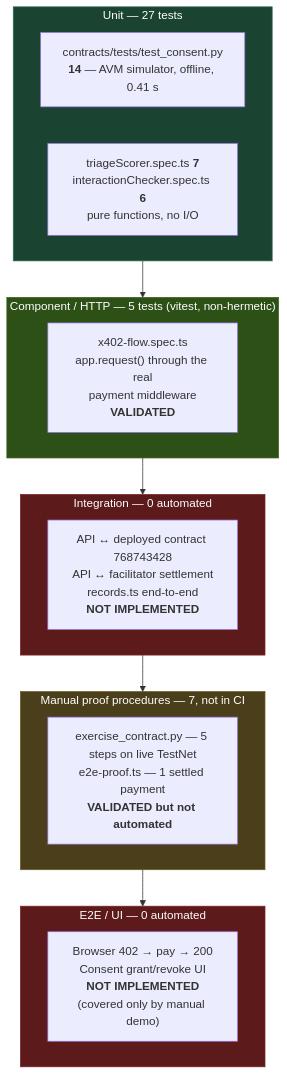
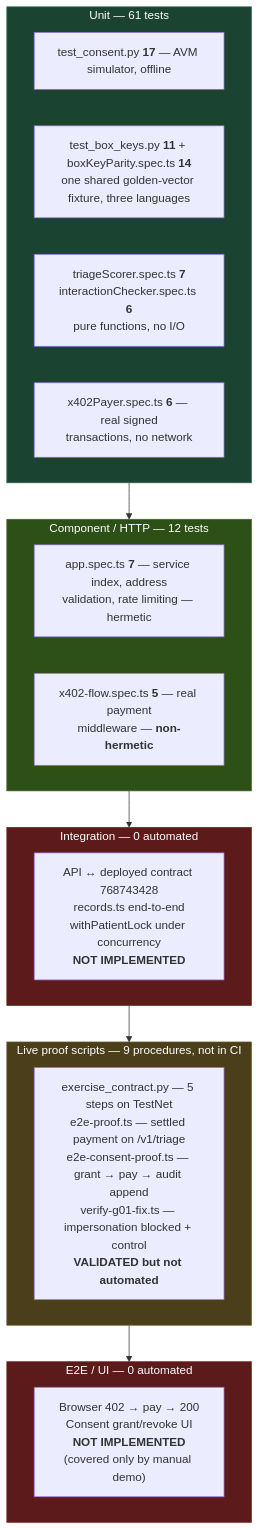
Before and after one commit to Hydra-Of-Malice/Medrail: the diagram in docs/07_Testing/Test_Strategy.md, drawn with Mermaid. The commit also changed other lines of this file and 77 other files, not shown here.

````diff
--- a/docs/07_Testing/Test_Strategy.md
+++ b/docs/07_Testing/Test_Strategy.md
@@ -36,25 +29,28 @@
 ```mermaid
 graph TD
     subgraph L5["E2E / UI — 0 automated"]
         E["Browser 402 → pay → 200<br/>Consent grant/revoke UI<br/><b>NOT IMPLEMENTED</b><br/>(covered only by manual demo)"]
     end
-    subgraph L4["Manual proof procedures — 7, not in CI"]
-        M["exercise_contract.py — 5 steps on live TestNet<br/>e2e-proof.ts — 1 settled payment<br/><b>VALIDATED but not automated</b>"]
+    subgraph L4["Live proof scripts — 9 procedures, not in CI"]
+        M["exercise_contract.py — 5 steps on TestNet<br/>e2e-proof.ts — settled payment on /v1/triage<br/>e2e-consent-proof.ts — grant → pay → audit append<br/>verify-g01-fix.ts — impersonation blocked + control<br/><b>VALIDATED but not automated</b>"]
     end
     subgraph L3["Integration — 0 automated"]
-        I["API ↔ deployed contract 768743428<br/>API ↔ facilitator settlement<br/>records.ts end-to-end<br/><b>NOT IMPLEMENTED</b>"]
+        I["API ↔ deployed contract 768743428<br/>records.ts end-to-end<br/>withPatientLock under concurrency<br/><b>NOT IMPLEMENTED</b>"]
     end
-    subgraph L2["Component / HTTP — 5 tests (vitest, non-hermetic)"]
-        H["x402-flow.spec.ts<br/>app.request() through the real<br/>payment middleware<br/><b>VALIDATED</b>"]
+    subgraph L2["Component / HTTP — 12 tests"]
+        H2["app.spec.ts <b>7</b> — service index, address<br/>validation, rate limiting — hermetic"]
+        H1["x402-flow.spec.ts <b>5</b> — real payment<br/>middleware — <b>non-hermetic</b>"]
     end
-    subgraph L1["Unit — 27 tests"]
-        U1["contracts/tests/test_consent.py<br/><b>14</b> — AVM simulator, offline, 0.41 s"]
-        U2["triageScorer.spec.ts <b>7</b><br/>interactionChecker.spec.ts <b>6</b><br/>pure functions, no I/O"]
+    subgraph L1["Unit — 61 tests"]
+        U1["test_consent.py <b>17</b> — AVM simulator, offline"]
+        U2["test_box_keys.py <b>11</b> + boxKeyParity.spec.ts <b>14</b><br/>one shared golden-vector fixture, three languages"]
+        U3["triageScorer.spec.ts <b>7</b><br/>interactionChecker.spec.ts <b>6</b><br/>pure functions, no I/O"]
+        U4["x402Payer.spec.ts <b>6</b> — real signed<br/>transactions, no network"]
     end
     L1 --> L2 --> L3 --> L4 --> L5
     style L1 fill:#1b4332,stroke:#2d6a4f,color:#fff
     style L2 fill:#2d5016,stroke:#40621f,color:#fff
     style L3 fill:#5c1a1a,stroke:#7a2222,color:#fff
     style L4 fill:#4a3f1a,stroke:#6b5a24,color:#fff
     style L5 fill:#5c1a1a,stroke:#7a2222,color:#fff
 ```
````
